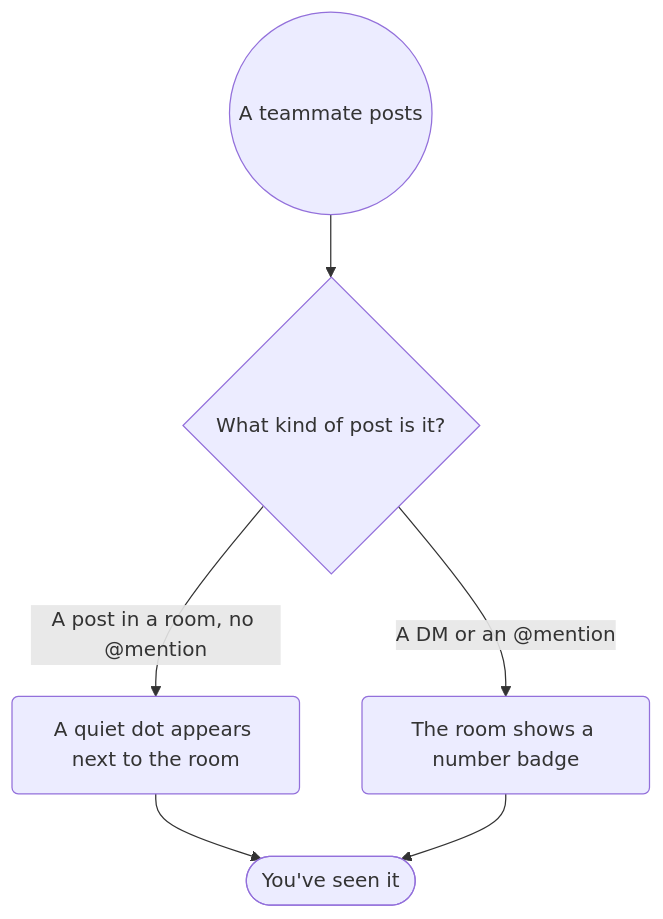
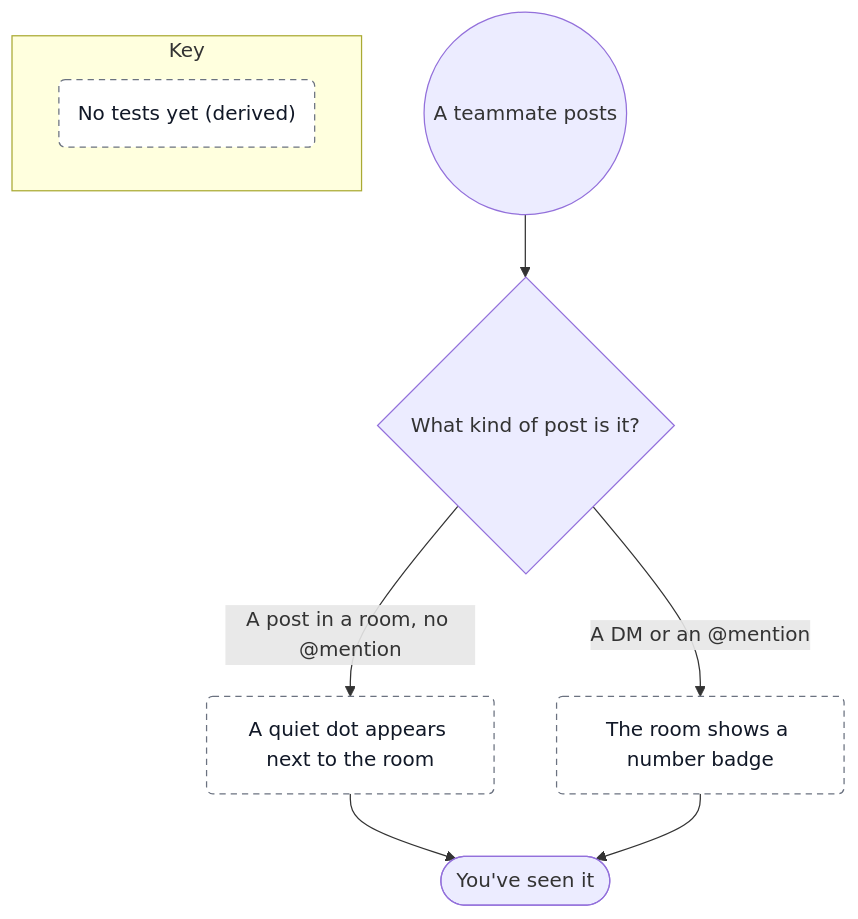
The diagram in test/e2e/fixtures/maps/pigeon/maps/alerts.md (fayedintoyou/context-kit), drawn with Mermaid before and after one commit. The commit also changed 21 other files, not shown here.

````diff
--- a/test/e2e/fixtures/maps/pigeon/maps/alerts.md
+++ b/test/e2e/fixtures/maps/pigeon/maps/alerts.md
@@ -38,13 +38,19 @@
 ```mermaid
 flowchart TD
   n_posted(("A teammate posts"))
   n_what_kind{"What kind of post is it?"}
   n_dot("A quiet dot appears next to the room")
   n_badge("The room shows a number badge")
   n_seen(["You've seen it"])
   n_posted --> n_what_kind
   n_what_kind -->|"A post in a room, no @mention"| n_dot
   n_what_kind -->|"A DM or an @mention"| n_badge
   n_dot --> n_seen
   n_badge --> n_seen
+  classDef st_untested fill:#ffffff,stroke:#6b7280,stroke-dasharray:5 4,color:#111827
+  class n_dot,n_badge st_untested
+  subgraph status_key["Key"]
+    direction LR
+    key_untested("No tests yet (derived)"):::st_untested
+  end
 ```
````
